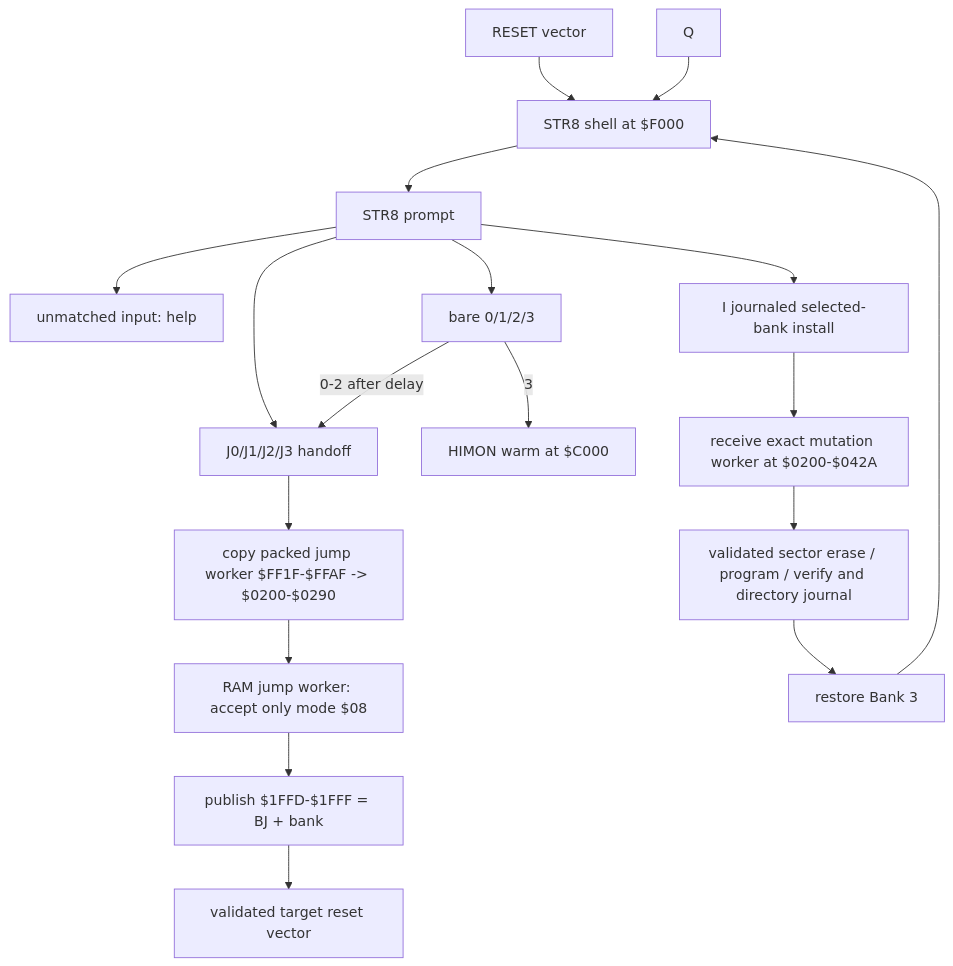
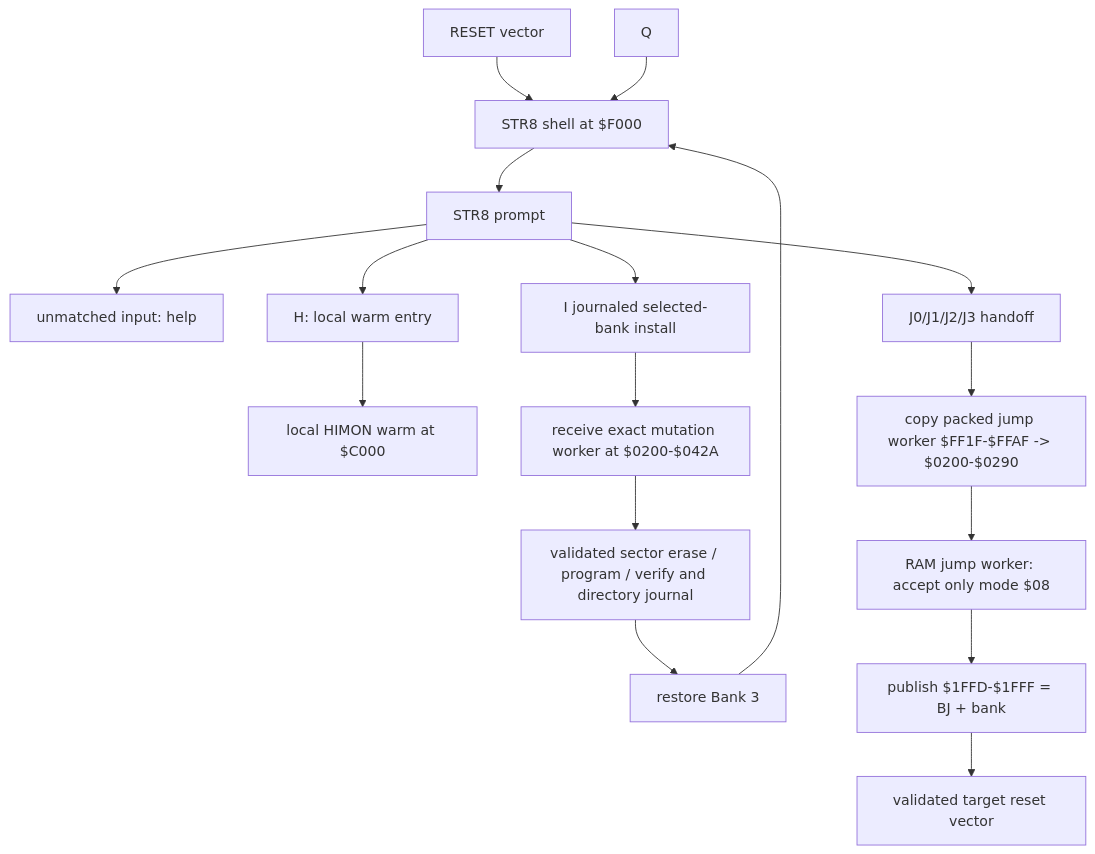
The fifth of 6 diagrams in DOC/GUIDES/STR8/STR8.md (95westus/R-YORS), drawn with Mermaid before and after one commit. The commit also changed other lines of this file and 28 other files, not shown here.

Commit message:
STR8: disambiguate local HIMON entry

````diff
--- a/DOC/GUIDES/STR8/STR8.md
+++ b/DOC/GUIDES/STR8/STR8.md
@@ -725,23 +726,22 @@
 ```mermaid
 flowchart TD
     RESET[RESET vector] --> STR8[STR8 shell at $F000]
     STR8 --> PROMPT[STR8 prompt]
 
     PROMPT --> BAD[unmatched input: help]
     PROMPT --> I[I journaled selected-bank install]
-    PROMPT --> SELECT[bare 0/1/2/3]
+    PROMPT --> LOCAL[H: local warm entry]
     PROMPT --> J[J0/J1/J2/J3 handoff]
 
-    SELECT -->|3| HIMON[HIMON warm at $C000]
-    SELECT -->|0-2 after delay| J
+    LOCAL --> HIMON[local HIMON warm at $C000]
     I --> UPLOAD[receive exact mutation worker at $0200-$042A]
     UPLOAD --> FLASH[validated sector erase / program / verify and directory journal]
     J --> COPY[copy packed jump worker $FF1F-$FFAF -> $0200-$0290]
     COPY --> JWORKER[RAM jump worker: accept only mode $08]
     FLASH --> BANK3[restore Bank 3]
     BANK3 --> STR8
     JWORKER --> BJR[publish $1FFD-$1FFF = BJ + bank]
     BJR --> GUEST[validated target reset vector]
 
     Q --> STR8
 ```
````
